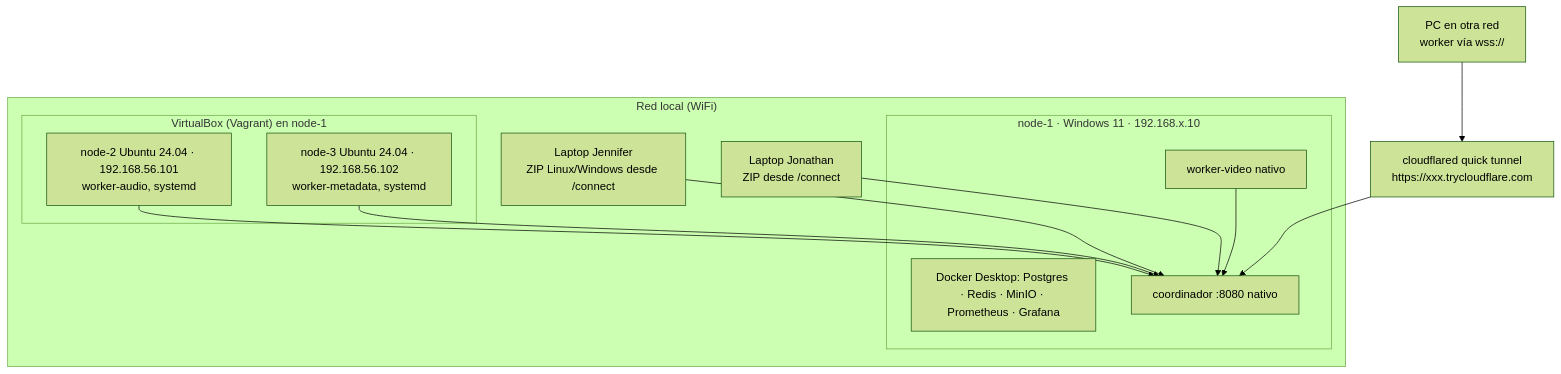
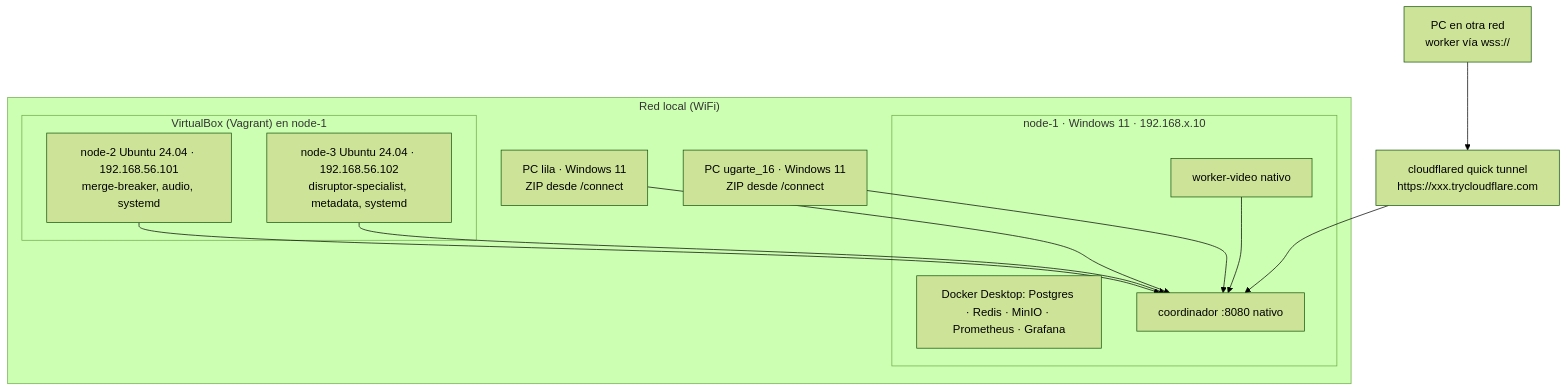
Before and after one commit to lenokeckler/mediacase-platform: the sixth of 6 diagrams in docs/architecture.md, drawn with Mermaid (forest theme). The commit also changed other lines of this file and 1 other file, not shown here.

Commit message:
Fix node names in Markdown docs

````diff
--- a/docs/architecture.md
+++ b/docs/architecture.md
@@ -301,21 +301,21 @@
 ```mermaid
 flowchart TB
   subgraph lan["Red local (WiFi)"]
     subgraph n1["node-1 · Windows 11 · 192.168.x.10"]
       D[Docker Desktop: Postgres · Redis · MinIO · Prometheus · Grafana]
       C[coordinador :8080 nativo]
       V[worker-video nativo]
     end
     subgraph vb["VirtualBox (Vagrant) en node-1"]
-      N2[node-2 Ubuntu 24.04 · 192.168.56.101<br/>worker-audio, systemd]
-      N3[node-3 Ubuntu 24.04 · 192.168.56.102<br/>worker-metadata, systemd]
+      N2[node-2 Ubuntu 24.04 · 192.168.56.101<br/>merge-breaker, audio, systemd]
+      N3[node-3 Ubuntu 24.04 · 192.168.56.102<br/>disruptor-specialist, metadata, systemd]
     end
-    L1[Laptop Jennifer<br/>ZIP Linux/Windows desde /connect]
-    L2[Laptop Jonathan<br/>ZIP desde /connect]
+    L1[PC lila · Windows 11<br/>ZIP desde /connect]
+    L2[PC ugarte_16 · Windows 11<br/>ZIP desde /connect]
   end
   T[cloudflared quick tunnel<br/>https://xxx.trycloudflare.com]
   X[PC en otra red<br/>worker vía wss://]
   V & N2 & N3 & L1 & L2 --> C
   T --> C
   X --> T
 ```
````
